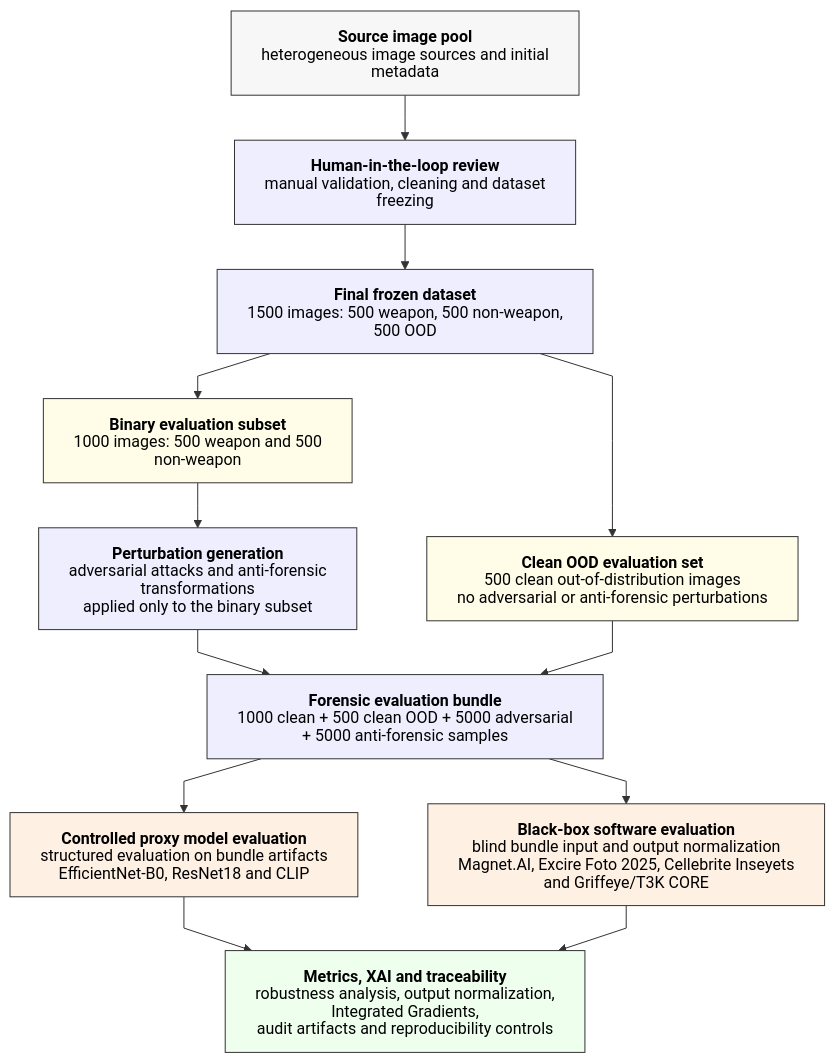
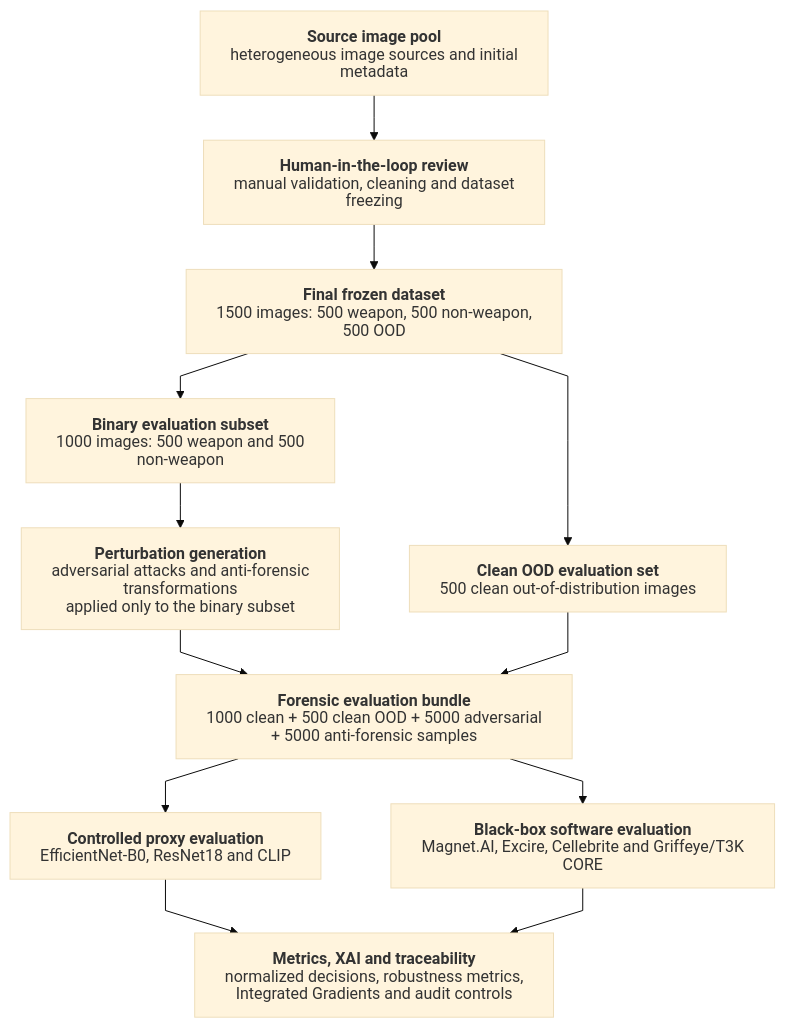
Before and after one commit to lmolinario/msc-thesis-ai-robustness-in-digital-forensics: the diagram in README.md, drawn with Mermaid (base theme). The commit also changed other lines of this file, not shown here.

````diff
--- a/README.md
+++ b/README.md
@@ -62,82 +54,47 @@
 ```mermaid
 %%{init: {
   "htmlLabels": false,
   "flowchart": {
     "curve": "linear",
     "nodeSpacing": 70,
     "rankSpacing": 45,
     "wrappingWidth": 340,
     "useMaxWidth": true
   }
 }}%%
-
 flowchart TD
-
     A["`**Source image pool**
 heterogeneous image sources and initial metadata`"]
-
     B["`**Human-in-the-loop review**
 manual validation, cleaning and dataset freezing`"]
-
     C["`**Final frozen dataset**
 1500 images: 500 weapon, 500 non-weapon, 500 OOD`"]
-
     D["`**Binary evaluation subset**
 1000 images: 500 weapon and 500 non-weapon`"]
-
     E["`**Clean OOD evaluation set**
-500 clean out-of-distribution images
-no adversarial or anti-forensic perturbations`"]
-
+500 clean out-of-distribution images`"]
     F["`**Perturbation generation**
 adversarial attacks and anti-forensic transformations
 applied only to the binary subset`"]
-
     H["`**Forensic evaluation bundle**
 1000 clean + 500 clean OOD + 5000 adversarial
 + 5000 anti-forensic samples`"]
+    G["`**Controlled proxy evaluation**
+EfficientNet-B0, ResNet18 and CLIP`"]
+    I["`**Black-box software evaluation**
+Magnet.AI, Excire, Cellebrite and Griffeye/T3K CORE`"]
+    J["`**Metrics, XAI and traceability**
+normalized decisions, robustness metrics,
+Integrated Gradients and audit controls`"]
 
-    G["`**Controlled proxy model evaluation**
-structured evaluation on bundle artifacts
-EfficientNet-B0, ResNet18 and CLIP`"]
-
-    I["`**Black-box software evaluation**
-blind bundle input and output normalization
-Magnet.AI, Excire Foto 2025, Cellebrite Inseyets
-and Griffeye/T3K CORE`"]
-
-    J["`**Metrics, XAI and traceability**
-robustness analysis, output normalization, Integrated Gradients,
-audit artifacts and reproducibility controls`"]
-
-    A --> B
-    B --> C
-
+    A --> B --> C
     C --> D
     C --> E
-
     D --> F
-
     F --> H
     E --> H
-
     H --> G
     H --> I
-
     G --> J
     I --> J
-
-    classDef source fill:#f7f7f7,stroke:#333333,stroke-width:1px,color:#000000;
-    classDef process fill:#eeeeff,stroke:#333333,stroke-width:1px,color:#000000;
-    classDef subset fill:#fffde8,stroke:#333333,stroke-width:1px,color:#000000;
-    classDef evaluation fill:#fff0e4,stroke:#333333,stroke-width:1px,color:#000000;
-    classDef output fill:#eeffee,stroke:#333333,stroke-width:1px,color:#000000;
-
-    class A source;
-    class B,C,F,H process;
-    class D,E subset;
-    class G,I evaluation;
-    class J output;
-
-    linkStyle default stroke:#333333,stroke-width:1px;
 ```
````
